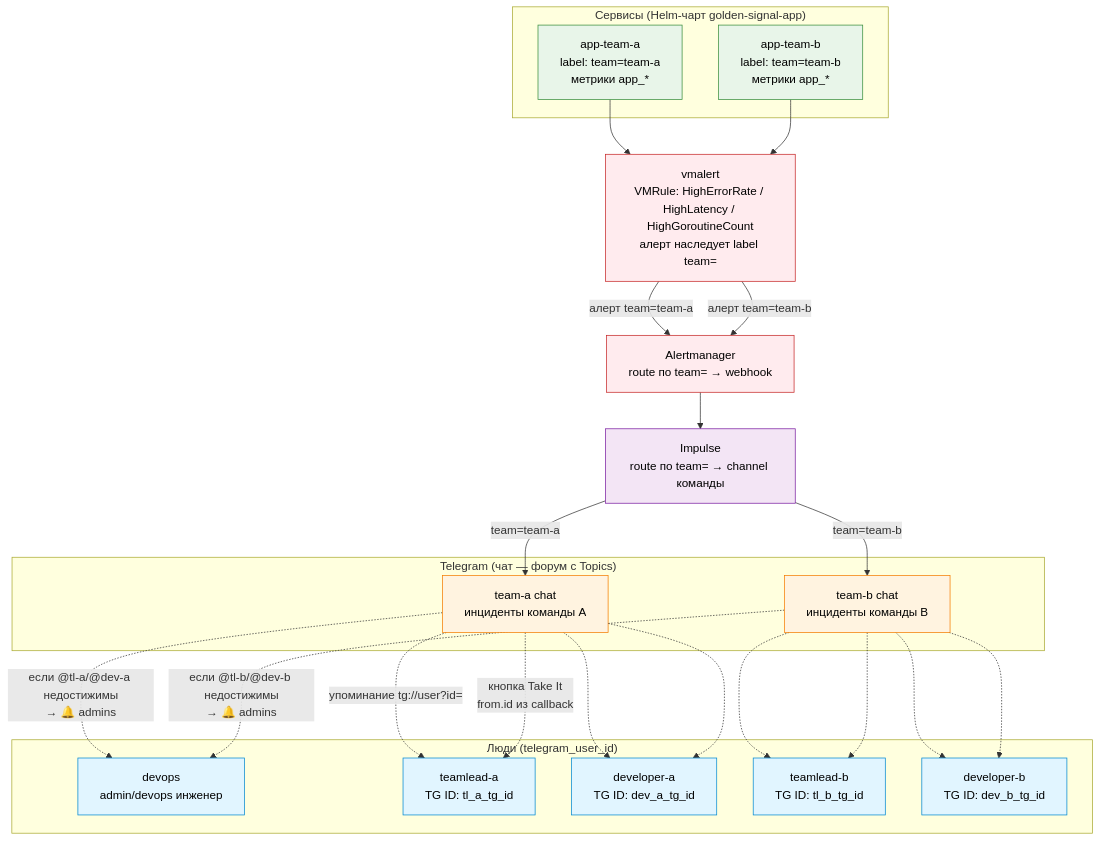
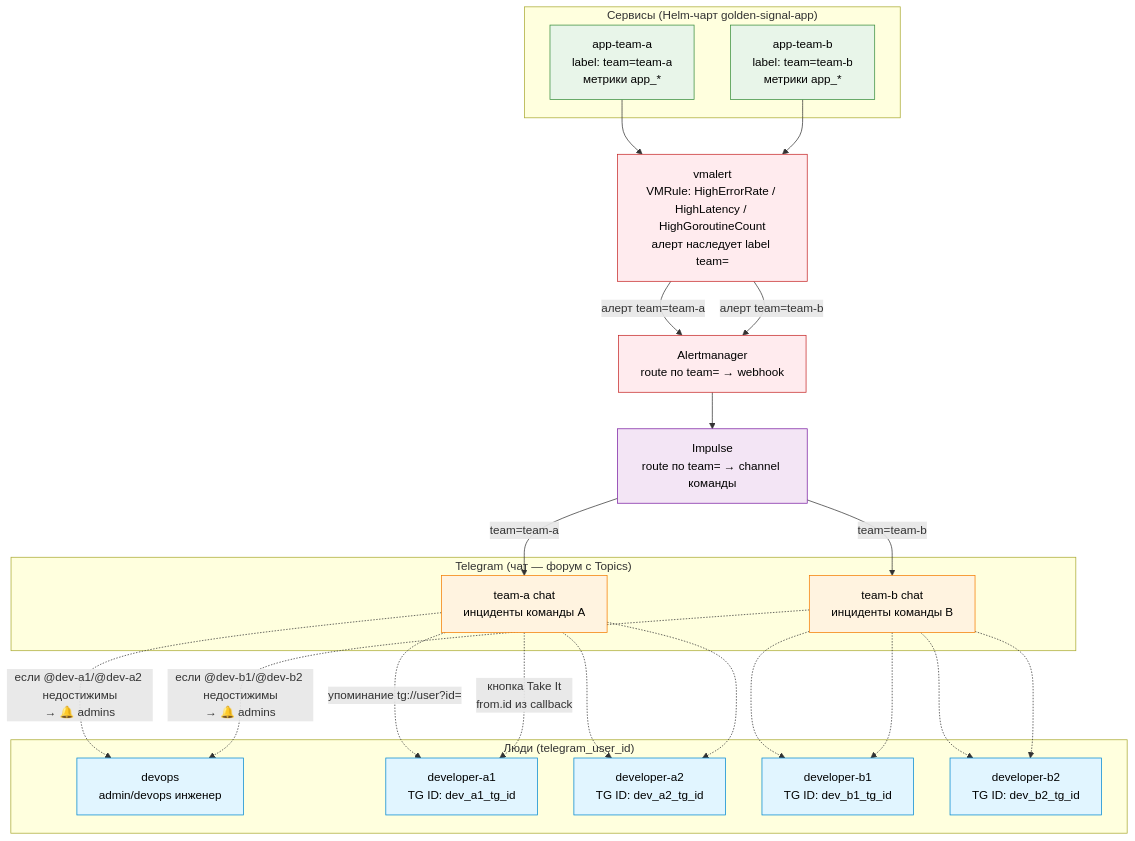
One commit to patsevanton/alert-templates-helm-vmalert-impulse changed the diagram in SCHEME.md. Above: the diagram before and after it, drawn with Mermaid. The commit also changed other lines of this file, not shown here.

Commit message:
Drop teamlead from SCHEME.md: use developer-a1/a2/b1/b2 (Impulse has no roles)

````diff
--- a/SCHEME.md
+++ b/SCHEME.md
@@ -5,56 +5,56 @@
 ```mermaid
 flowchart TD
     subgraph Apps["Сервисы (Helm-чарт golden-signal-app)"]
         APPA["app-team-a<br/>label: team=team-a<br/>метрики app_*"]
         APPB["app-team-b<br/>label: team=team-b<br/>метрики app_*"]
     end
 
     VMALERT["vmalert<br/>VMRule: HighErrorRate / HighLatency / HighGoroutineCount<br/>алерт наследует label team="]
     AM["Alertmanager<br/>route по team= → webhook"]
     IMPULSE["Impulse<br/>route по team= → channel команды"]
     subgraph Telegram["Telegram (чат — форум с Topics)"]
         CHATA["team-a chat<br/>инциденты команды A"]
         CHATB["team-b chat<br/>инциденты команды B"]
     end
 
     subgraph People["Люди (telegram_user_id)"]
         DEVOPS["devops<br/>admin/devops инженер"]
-        TLA["teamlead-a<br/>TG ID: tl_a_tg_id"]
-        DEVA["developer-a<br/>TG ID: dev_a_tg_id"]
-        TLB["teamlead-b<br/>TG ID: tl_b_tg_id"]
-        DEVB["developer-b<br/>TG ID: dev_b_tg_id"]
+        DEVA1["developer-a1<br/>TG ID: dev_a1_tg_id"]
+        DEVA2["developer-a2<br/>TG ID: dev_a2_tg_id"]
+        DEVB1["developer-b1<br/>TG ID: dev_b1_tg_id"]
+        DEVB2["developer-b2<br/>TG ID: dev_b2_tg_id"]
     end
 
     APPA --> VMALERT
     APPB --> VMALERT
     VMALERT -->|"алерт team=team-a"| AM
     VMALERT -->|"алерт team=team-b"| AM
     AM --> IMPULSE
     IMPULSE -->|"team=team-a"| CHATA
     IMPULSE -->|"team=team-b"| CHATB
 
-    CHATA -.->|"упоминание tg://user?id="| TLA
-    CHATA -.-> DEVA
-    CHATB -.-> TLB
-    CHATB -.-> DEVB
+    CHATA -.->|"упоминание tg://user?id="| DEVA1
+    CHATA -.-> DEVA2
+    CHATB -.-> DEVB1
+    CHATB -.-> DEVB2
 
-    CHATA -.->|"кнопка Take It<br/>from.id из callback"| TLA
-    CHATA -.-> DEVA
-    CHATB -.-> TLB
-    CHATB -.-> DEVB
+    CHATA -.->|"кнопка Take It<br/>from.id из callback"| DEVA1
+    CHATA -.-> DEVA2
+    CHATB -.-> DEVB1
+    CHATB -.-> DEVB2
 
-    CHATA -.->|"если @tl-a/@dev-a недостижимы<br/>→ 🔔 admins"| DEVOPS
-    CHATB -.->|"если @tl-b/@dev-b недостижимы<br/>→ 🔔 admins"| DEVOPS
+    CHATA -.->|"если @dev-a1/@dev-a2 недостижимы<br/>→ 🔔 admins"| DEVOPS
+    CHATB -.->|"если @dev-b1/@dev-b2 недостижимы<br/>→ 🔔 admins"| DEVOPS
 
     classDef app fill:#e8f5e9,stroke:#388e3c,color:#000
     classDef alert fill:#ffebee,stroke:#c62828,color:#000
     classDef impulse fill:#f3e5f5,stroke:#7b1fa2,color:#000
     classDef chat fill:#fff3e0,stroke:#f57c00,color:#000
     classDef person fill:#e1f5ff,stroke:#0288d1,color:#000
 
     class APPA,APPB app
     class VMALERT,AM alert
     class IMPULSE impulse
     class CHATA,CHATB chat
-    class DEVOPS,TLA,DEVA,TLB,DEVB person
+    class DEVOPS,DEVA1,DEVA2,DEVB1,DEVB2 person
 ```
````
